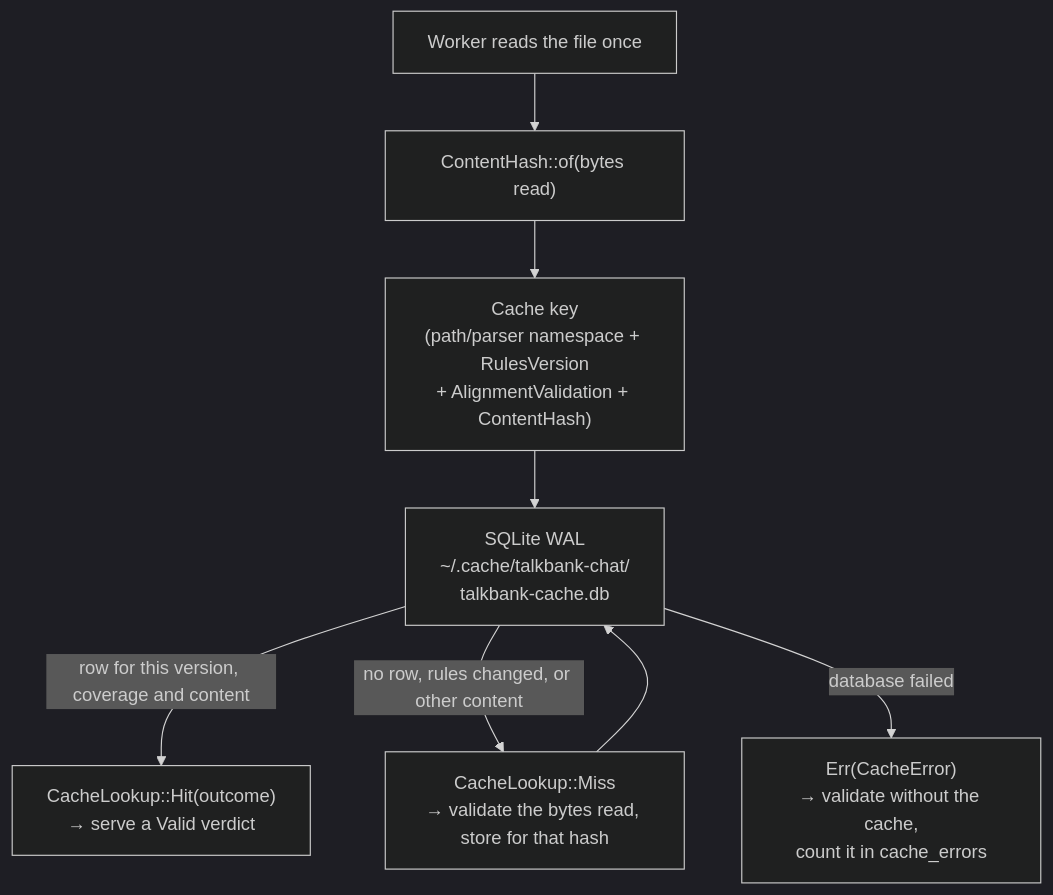
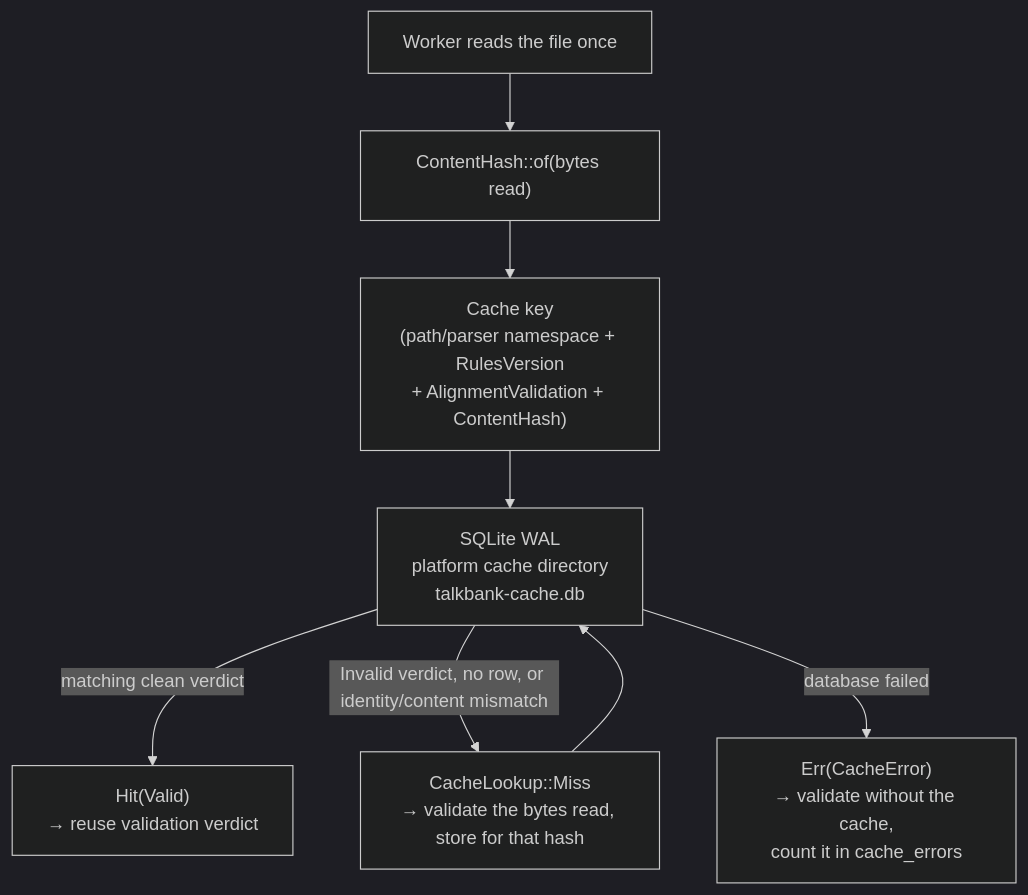
One commit to TalkBank/chatter changed the first of 7 diagrams in book/src/architecture/parser-and-grammar/validation-cache.md. Above: the diagram before and after it, drawn with Mermaid (dark theme). The commit also changed other lines of this file and 950 other files, not shown here.

````diff
--- a/book/src/architecture/parser-and-grammar/validation-cache.md
+++ b/book/src/architecture/parser-and-grammar/validation-cache.md
@@ -16,16 +17,16 @@
 ```mermaid
 flowchart TD
     read["Worker reads the file once"]
     hash["ContentHash::of(bytes read)"]
     key["Cache key\n(path/parser namespace + RulesVersion\n+ AlignmentValidation + ContentHash)"]
-    db["SQLite WAL\n~/.cache/talkbank-chat/\ntalkbank-cache.db"]
-    hit["CacheLookup::Hit(outcome)\n→ serve a Valid verdict"]
+    db["SQLite WAL\nplatform cache directory\ntalkbank-cache.db"]
+    hit["Hit(Valid)\n→ reuse validation verdict"]
     miss["CacheLookup::Miss\n→ validate the bytes read, store for that hash"]
     err["Err(CacheError)\n→ validate without the cache,\ncount it in cache_errors"]
 
     read --> hash --> key --> db
-    db -->|"row for this version, coverage and content"| hit
-    db -->|"no row, rules changed, or other content"| miss
+    db -->|"matching clean verdict"| hit
+    db -->|"Invalid verdict, no row, or identity/content mismatch"| miss
     db -->|"database failed"| err
     miss --> db
 ```
````
